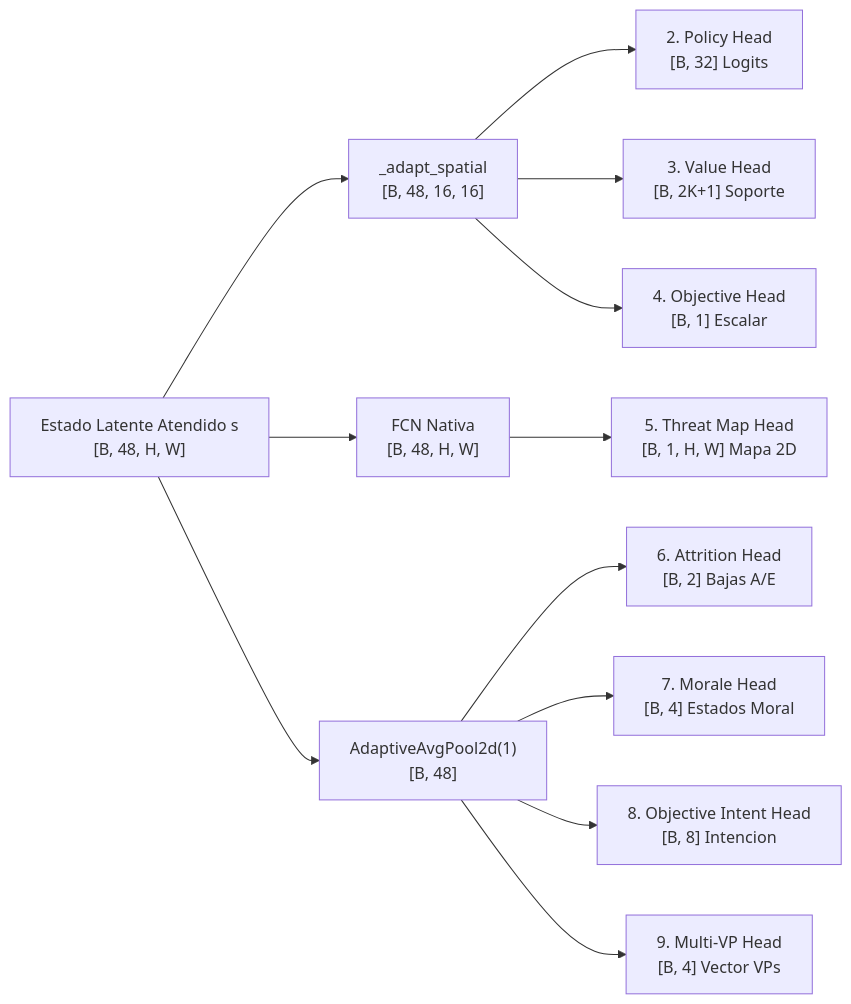
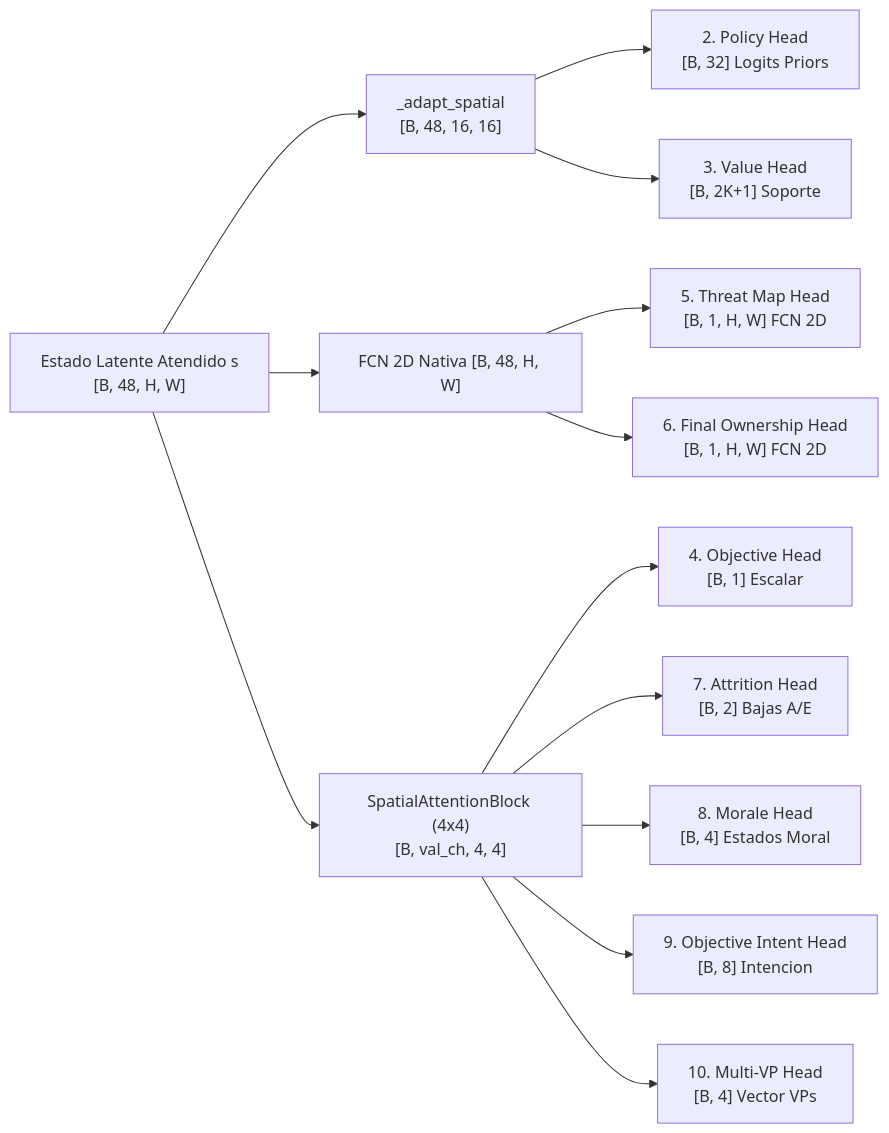
Before and after one commit to richardcc/assault-ai-pilot: the second of 3 diagrams in docs/03_RED_NEURONAL_EFFICIENTZERO_V2.md, drawn with Mermaid. The commit also changed other lines of this file and 21 other files, not shown here.

Commit message:
feat(network): dynamic macro modulation scale, spatial attention audit, SimSiam robustness, and architecture docs [v2.5.27]

````diff
--- a/docs/03_RED_NEURONAL_EFFICIENTZERO_V2.md
+++ b/docs/03_RED_NEURONAL_EFFICIENTZERO_V2.md
@@ -100,17 +106,18 @@
 ```mermaid
 graph LR
     S["Estado Latente Atendido s\n[B, 48, H, W]"] --> ADAPT["_adapt_spatial\n[B, 48, 16, 16]"]
-    S --> FCN["FCN Nativa\n[B, 48, H, W]"]
-    S --> POOL["AdaptiveAvgPool2d(1)\n[B, 48]"]
+    S --> FCN["FCN 2D Nativa [B, 48, H, W]"]
+    S --> S_ATTN["SpatialAttentionBlock (4x4)\n[B, val_ch, 4, 4]"]
 
-    ADAPT --> H_POL["2. Policy Head\n[B, 32] Logits"]
+    ADAPT --> H_POL["2. Policy Head\n[B, 32] Logits Priors"]
     ADAPT --> H_VAL["3. Value Head\n[B, 2K+1] Soporte"]
-    ADAPT --> H_OBJ["4. Objective Head\n[B, 1] Escalar"]
 
-    FCN --> H_THREAT["5. Threat Map Head\n[B, 1, H, W] Mapa 2D"]
+    FCN --> H_THREAT["5. Threat Map Head\n[B, 1, H, W] FCN 2D"]
+    FCN --> H_OWNER["6. Final Ownership Head\n[B, 1, H, W] FCN 2D"]
 
-    POOL --> H_ATTR["6. Attrition Head\n[B, 2] Bajas A/E"]
-    POOL --> H_MORALE["7. Morale Head\n[B, 4] Estados Moral"]
-    POOL --> H_INTENT["8. Objective Intent Head\n[B, 8] Intencion"]
-    POOL --> H_MVP["9. Multi-VP Head\n[B, 4] Vector VPs"]
+    S_ATTN --> H_OBJ["4. Objective Head\n[B, 1] Escalar"]
+    S_ATTN --> H_ATTR["7. Attrition Head\n[B, 2] Bajas A/E"]
+    S_ATTN --> H_MORALE["8. Morale Head\n[B, 4] Estados Moral"]
+    S_ATTN --> H_INTENT["9. Objective Intent Head\n[B, 8] Intencion"]
+    S_ATTN --> H_MVP["10. Multi-VP Head\n[B, 4] Vector VPs"]
 ```
````
